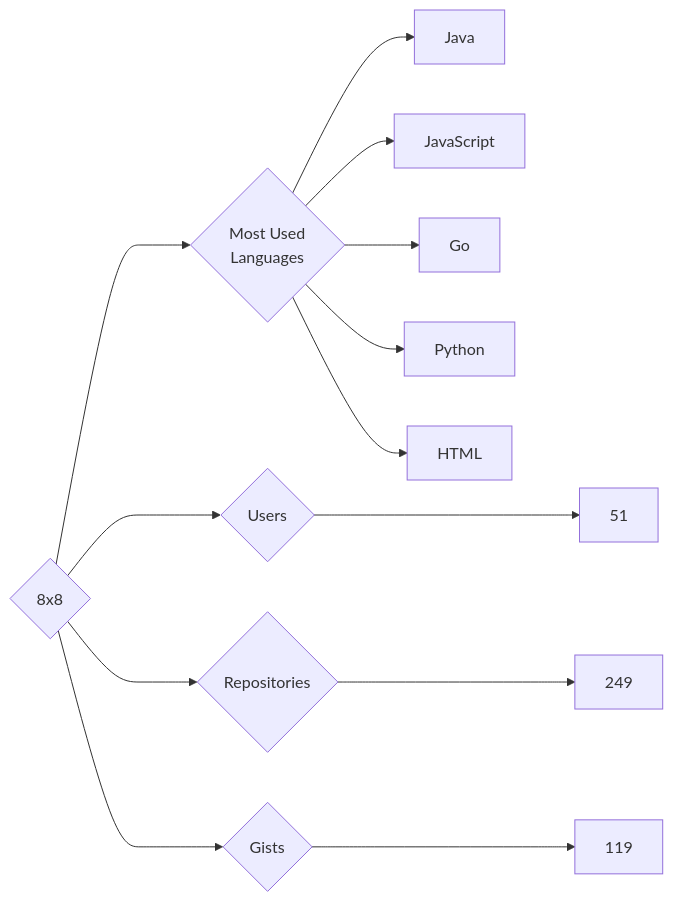
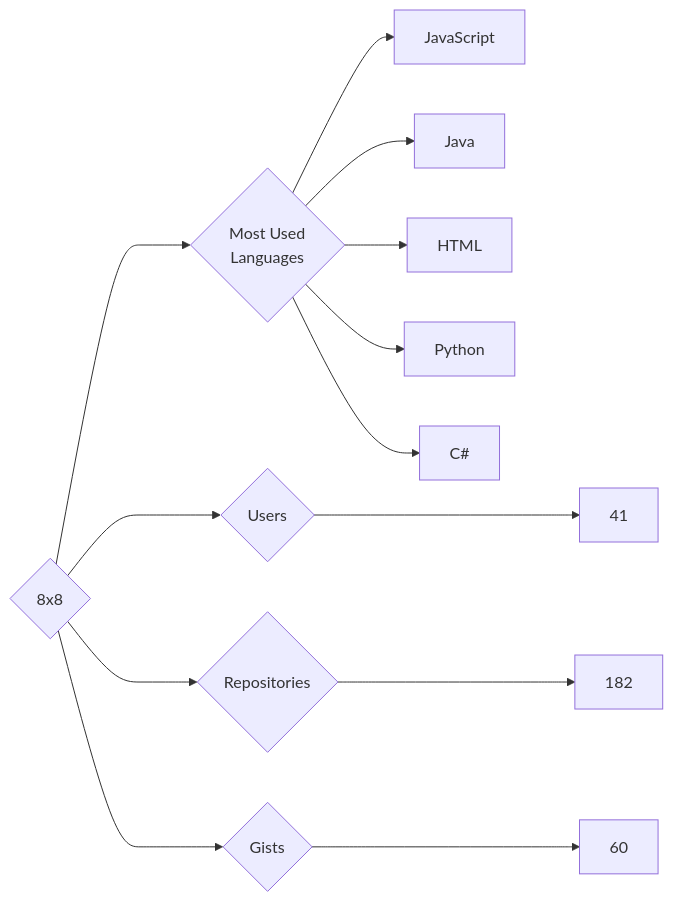
The diagram in targets/8x8/README.md (trickest/insiders), drawn with Mermaid before and after one commit. The commit also changed 622 other files, not shown here.

````diff
--- a/targets/8x8/README.md
+++ b/targets/8x8/README.md
@@ -3,13 +3,13 @@
 ```mermaid
 graph LR
 COMPANY_NAME{8x8}
-COMPANY_NAME ---> U{Users} ---> UN[51]
-COMPANY_NAME ---> R{Repositories} ---> RN[249]
-COMPANY_NAME ---> G{Gists} ---> GN[119]
+COMPANY_NAME ---> U{Users} ---> UN[41]
+COMPANY_NAME ---> R{Repositories} ---> RN[182]
+COMPANY_NAME ---> G{Gists} ---> GN[60]
 COMPANY_NAME ---> ML{Most Used<br>Languages}
+ML --> JavaScript[JavaScript]
 ML --> Java[Java]
-ML --> JavaScript[JavaScript]
-ML --> Go[Go]
+ML --> HTML[HTML]
 ML --> Python[Python]
-ML --> HTML[HTML]
+ML --> C#[C#]
 ```
````
